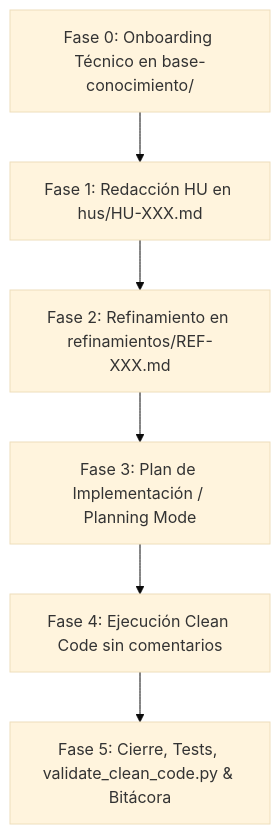
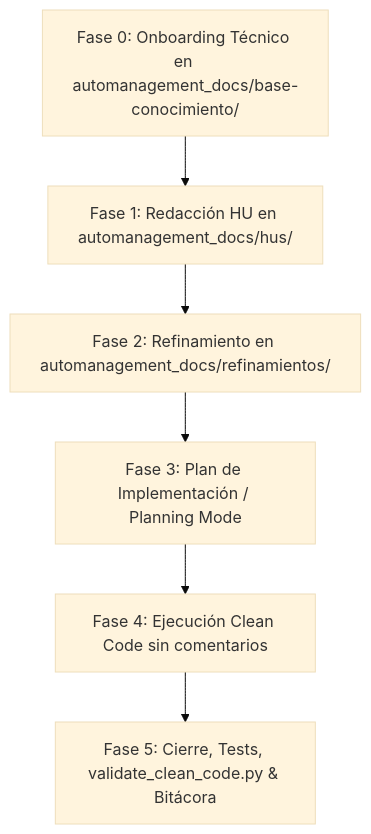
The diagram in SKILL.md (DanielHernandez627/skill_auto_management), drawn with Mermaid (base theme) before and after one commit. The commit also changed other lines of this file and 19 other files, not shown here.

````diff
--- a/SKILL.md
+++ b/SKILL.md
@@ -39,8 +39,8 @@
 ```mermaid
 graph TD
-    F0[Fase 0: Onboarding Técnico en base-conocimiento/] --> F1[Fase 1: Redacción HU en hus/HU-XXX.md]
-    F1 --> F2[Fase 2: Refinamiento en refinamientos/REF-XXX.md]
+    F0[Fase 0: Onboarding Técnico en automanagement_docs/base-conocimiento/] --> F1[Fase 1: Redacción HU en automanagement_docs/hus/]
+    F1 --> F2[Fase 2: Refinamiento en automanagement_docs/refinamientos/]
     F2 --> F3[Fase 3: Plan de Implementación / Planning Mode]
     F3 --> F4[Fase 4: Ejecución Clean Code sin comentarios]
     F4 --> F5[Fase 5: Cierre, Tests, validate_clean_code.py & Bitácora]
 ```
````
